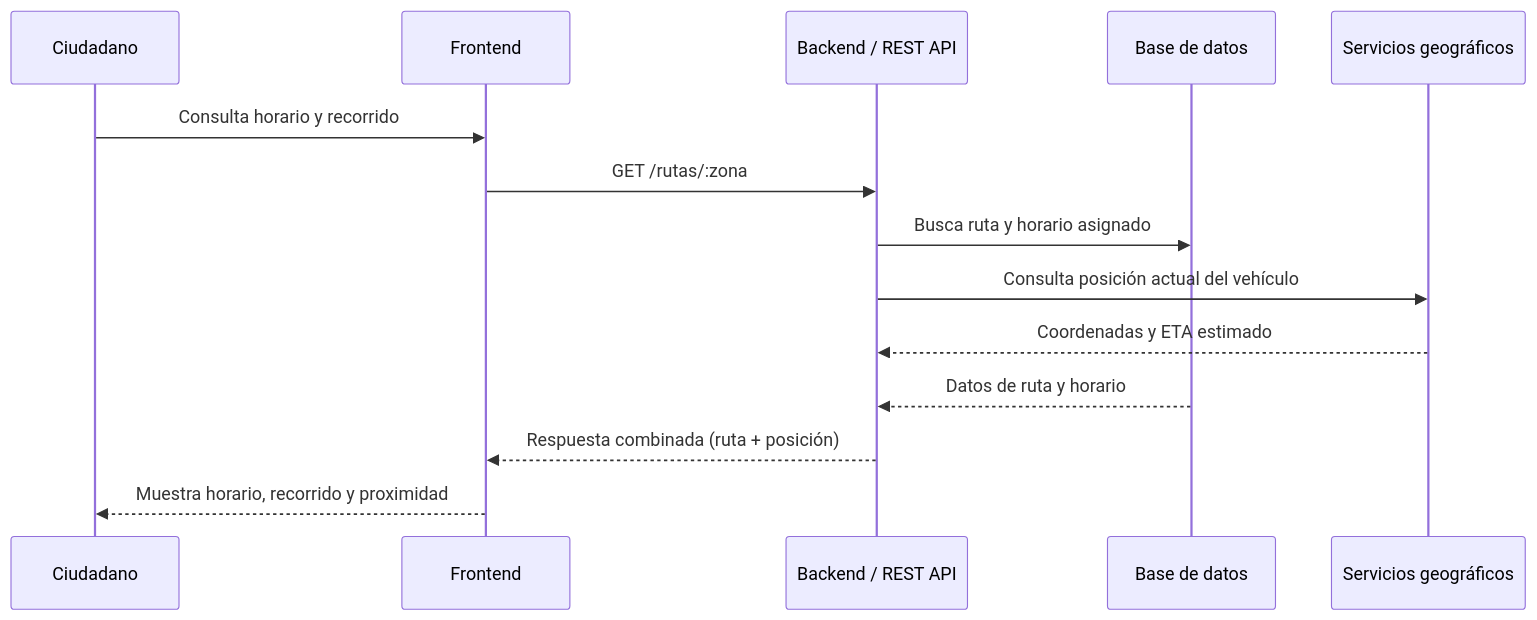
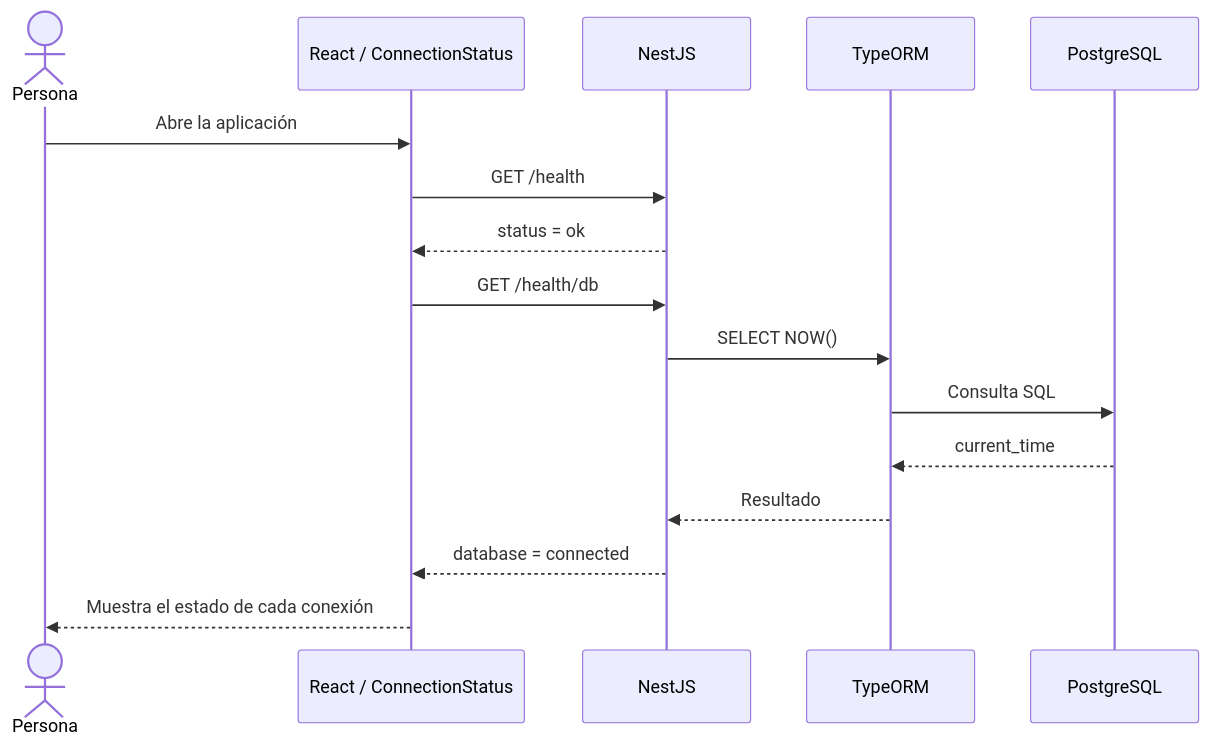
The second of 2 diagrams in docs/ARCHITECTURE.md (Univalle-P-I/VINTRA), drawn with Mermaid before and after one commit. The commit also changed other lines of this file and 54 other files, not shown here.

````diff
--- a/docs/ARCHITECTURE.md
+++ b/docs/ARCHITECTURE.md
@@ -60,17 +47,18 @@
 ```mermaid
 sequenceDiagram
-    participant Ciudadano
-    participant Frontend
-    participant API as Backend / REST API
-    participant DB as Base de datos
-    participant Geo as Servicios geográficos
-
-    Ciudadano->>Frontend: Consulta horario y recorrido
-    Frontend->>API: GET /rutas/:zona
-    API->>DB: Busca ruta y horario asignado
-    API->>Geo: Consulta posición actual del vehículo
-    Geo-->>API: Coordenadas y ETA estimado
-    DB-->>API: Datos de ruta y horario
-    API-->>Frontend: Respuesta combinada (ruta + posición)
-    Frontend-->>Ciudadano: Muestra horario, recorrido y proximidad
+    actor Persona
+    participant UI as React / ConnectionStatus
+    participant API as NestJS
+    participant ORM as TypeORM
+    participant DB as PostgreSQL
+    Persona->>UI: Abre la aplicación
+    UI->>API: GET /health
+    API-->>UI: status = ok
+    UI->>API: GET /health/db
+    API->>ORM: SELECT NOW()
+    ORM->>DB: Consulta SQL
+    DB-->>ORM: current_time
+    ORM-->>API: Resultado
+    API-->>UI: database = connected
+    UI-->>Persona: Muestra el estado de cada conexión
 ```
````
